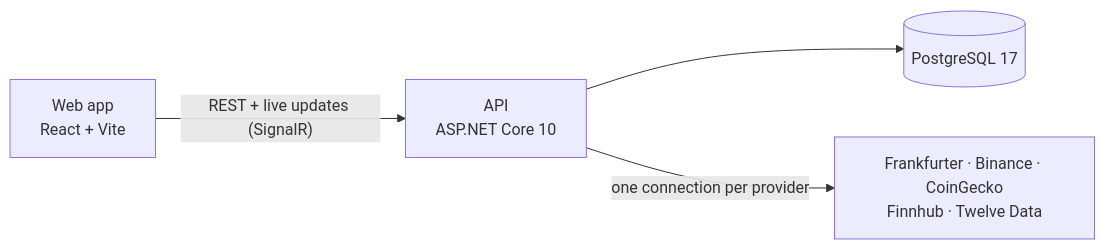
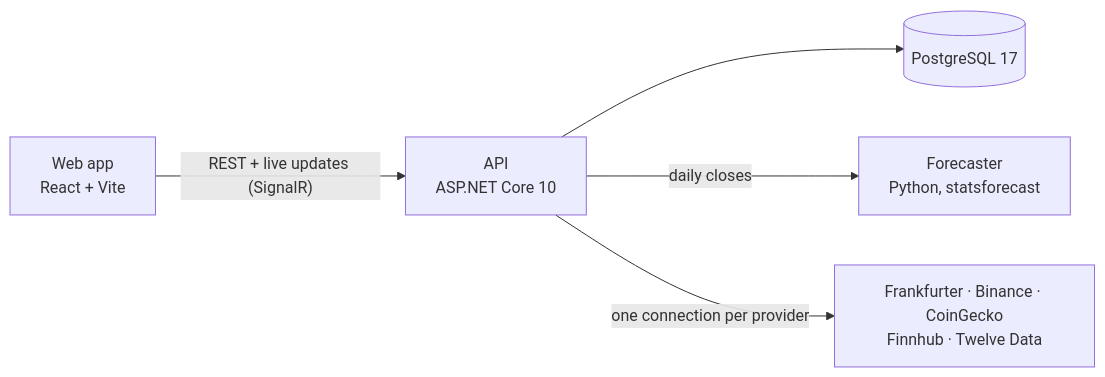
The diagram in README.md (ahmed-amine-jerbi/marketlens), drawn with Mermaid before and after one commit. The commit also changed other lines of this file and 7 other files, not shown here.

````diff
--- a/README.md
+++ b/README.md
@@ -34,6 +37,7 @@
 ```mermaid
 graph LR
   Web["Web app<br/>React + Vite"] -- "REST + live updates (SignalR)" --> API
   API["API<br/>ASP.NET Core 10"] --> DB[("PostgreSQL 17")]
+  API -- "daily closes" --> Forecaster["Forecaster<br/>Python, statsforecast"]
   API -- "one connection per provider" --> Providers["Frankfurter · Binance · CoinGecko<br/>Finnhub · Twelve Data"]
 ```
````
